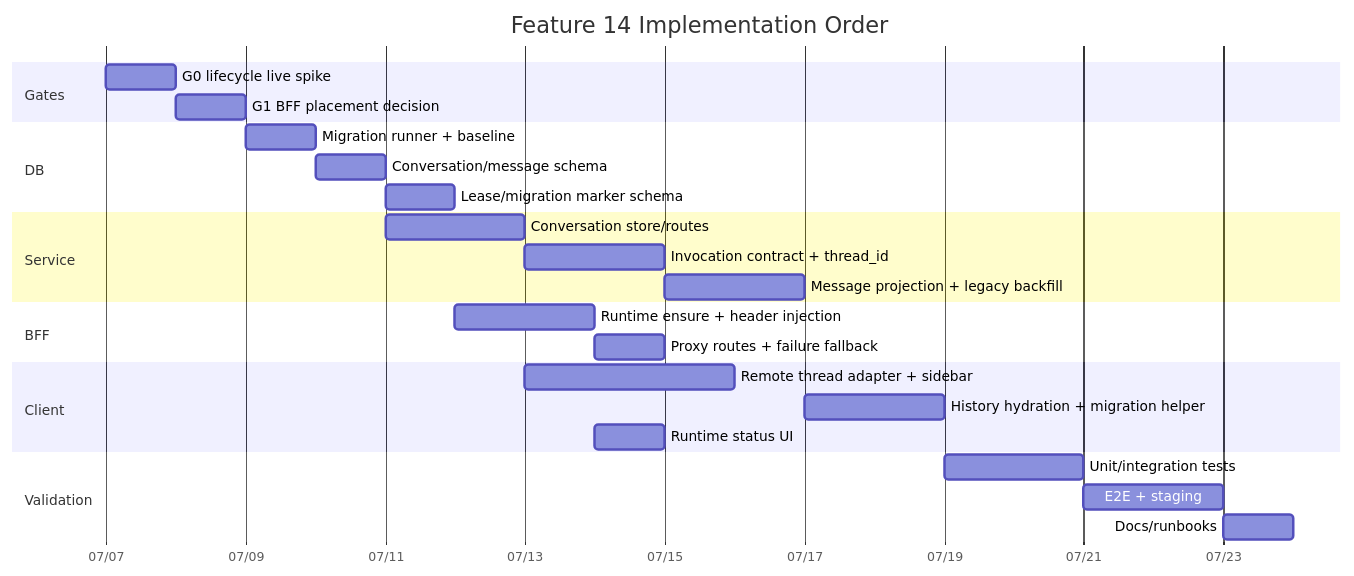
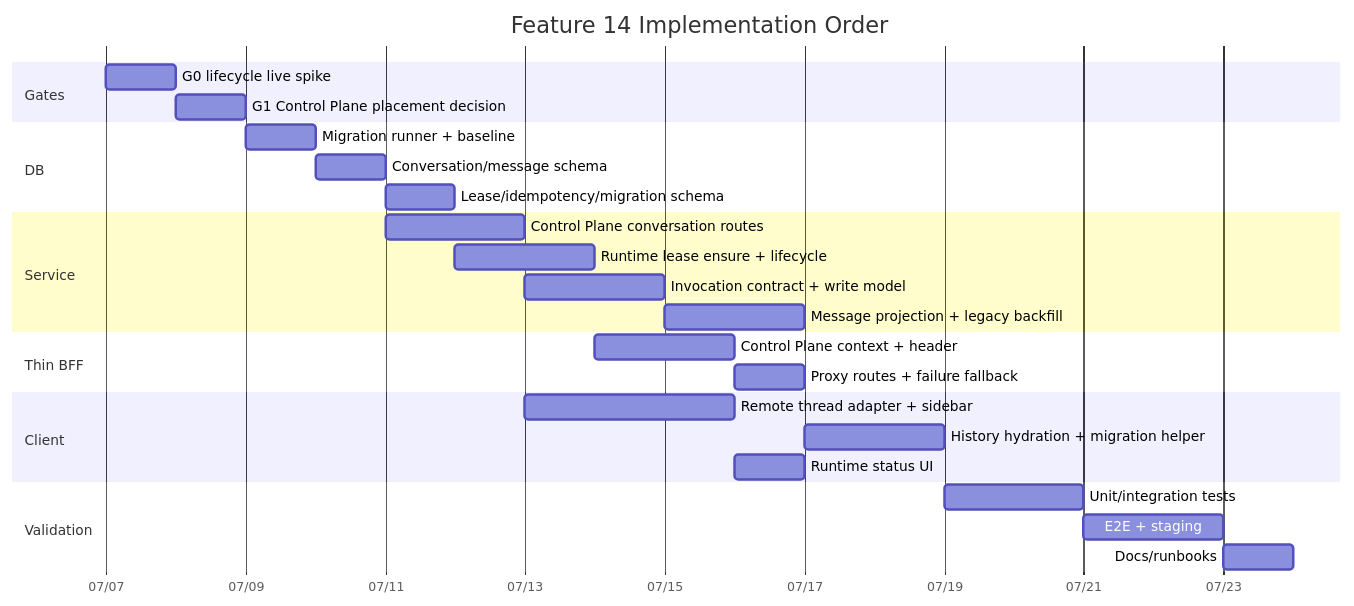
One commit to T-1009/personal-assistant changed the fourth of 4 diagrams in personal-assistant-meta/issues/features/feature-14-multi-session-runtime-prewarm/plan.md. Above: the diagram before and after it, drawn with Mermaid. The commit also changed other lines of this file and 2 other files, not shown here.

First line of the commit message:
docs: refactor feature-14 architecture to introduce Service-owned Control Plane and Thin BFF boundaries

````diff
--- a/personal-assistant-meta/issues/features/feature-14-multi-session-runtime-prewarm/plan.md
+++ b/personal-assistant-meta/issues/features/feature-14-multi-session-runtime-prewarm/plan.md
@@ -627,34 +716,35 @@
 ```mermaid
 gantt
     title Feature 14 Implementation Order
     dateFormat  YYYY-MM-DD
     axisFormat  %m/%d
 
     section Gates
     G0 lifecycle live spike              :g0, 2026-07-07, 1d
-    G1 BFF placement decision            :g1, after g0, 1d
+    G1 Control Plane placement decision  :g1, after g0, 1d
 
     section DB
     Migration runner + baseline          :db0, after g1, 1d
     Conversation/message schema          :db1, after db0, 1d
-    Lease/migration marker schema        :db2, after db1, 1d
+    Lease/idempotency/migration schema   :db2, after db1, 1d
 
     section Service
-    Conversation store/routes            :s1, after db1, 2d
-    Invocation contract + thread_id      :s2, after s1, 2d
-    Message projection + legacy backfill :s3, after s2, 2d
+    Control Plane conversation routes    :s1, after db1, 2d
+    Runtime lease ensure + lifecycle     :s2, after db2, 2d
+    Invocation contract + write model    :s3, after s1, 2d
+    Message projection + legacy backfill :s4, after s3, 2d
 
-    section BFF
-    Runtime ensure + header injection    :b1, after db2, 2d
+    section Thin BFF
+    Control Plane context + header       :b1, after s2, 2d
     Proxy routes + failure fallback      :b2, after b1, 1d
 
     section Client
     Remote thread adapter + sidebar      :c1, after s1, 3d
-    History hydration + migration helper :c2, after s3, 2d
+    History hydration + migration helper :c2, after s4, 2d
     Runtime status UI                    :c3, after b1, 1d
 
     section Validation
     Unit/integration tests               :t1, after c2, 2d
     E2E + staging                        :t2, after t1, 2d
     Docs/runbooks                        :d1, after t2, 1d
 ```
````
